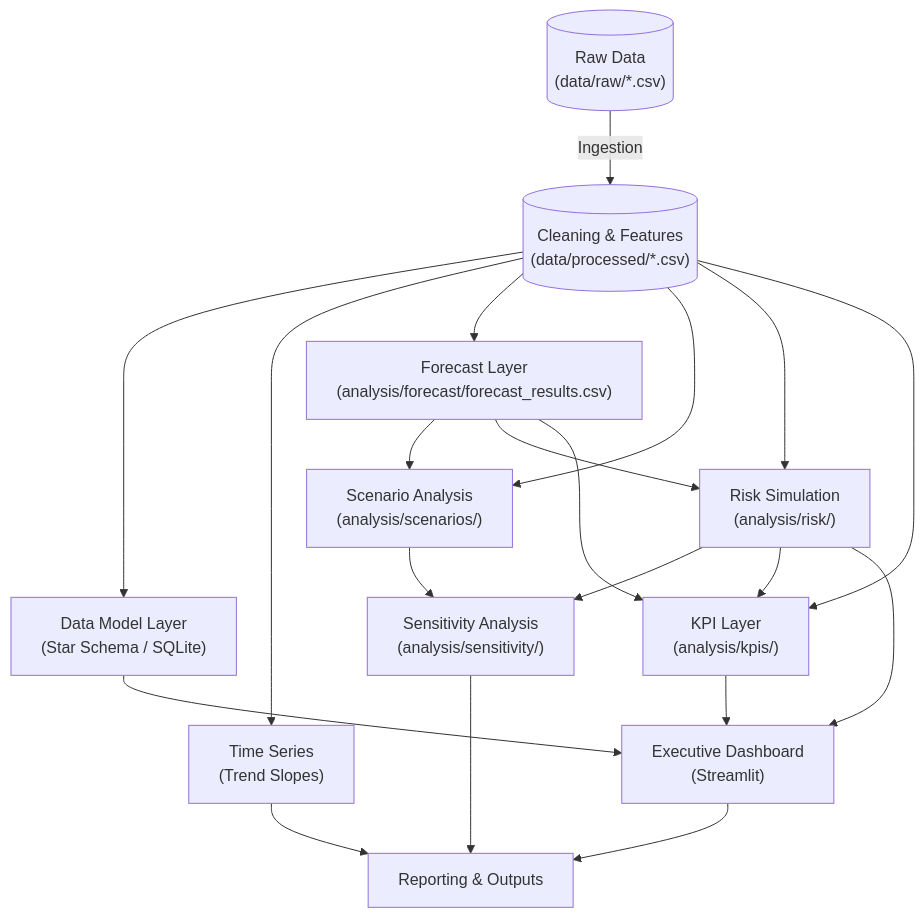
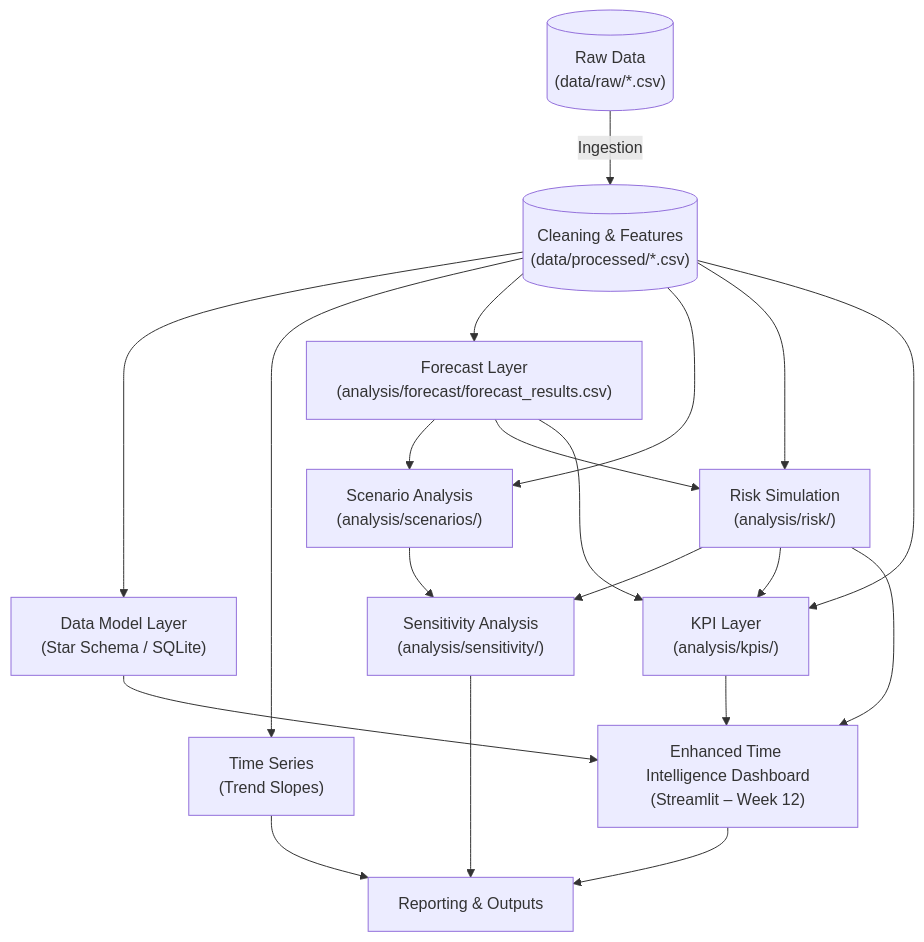
Before and after one commit to MarwanSaad20/DATA_ANALYSIS: the diagram in dss_sales_inventory/README.md, drawn with Mermaid. The commit also changed other lines of this file and 1 other file, not shown here.

Commit message:
Week 12 تحديث الداشبورد

````diff
--- a/dss_sales_inventory/README.md
+++ b/dss_sales_inventory/README.md
@@ -139,52 +141,52 @@
 ```mermaid
 graph TD
     %% Nodes
     RAW[("Raw Data<br/>(data/raw/*.csv)")]
     CLEAN[("Cleaning & Features<br/>(data/processed/*.csv)")]
     
     MODEL["Data Model Layer<br/>(Star Schema / SQLite)"]
     
     TS["Time Series<br/>(Trend Slopes)"]
     FC["Forecast Layer<br/>(analysis/forecast/forecast_results.csv)"]
     
     SCEN["Scenario Analysis<br/>(analysis/scenarios/)"]
     RISK["Risk Simulation<br/>(analysis/risk/)"]
     SENS["Sensitivity Analysis<br/>(analysis/sensitivity/)"]
     KPI["KPI Layer<br/>(analysis/kpis/)"]
     
-    DASH["Executive Dashboard<br/>(Streamlit)"]
+    DASH["Enhanced Time Intelligence Dashboard<br/>(Streamlit – Week 12)"]
 
     REPORT["Reporting & Outputs"]
 
     %% Flow
     RAW --> |Ingestion| CLEAN
     CLEAN --> MODEL
     CLEAN --> TS
     CLEAN --> FC
     
     %% Dependencies
     FC --> SCEN
     CLEAN --> SCEN
     
     FC --> RISK
     CLEAN --> RISK
     
     %% Advanced Analysis
     RISK --> SENS
     SCEN --> SENS
     
     %% KPI Integration
     CLEAN --> KPI
     FC --> KPI
     RISK --> KPI
     
     %% Dashboard Consumption
     MODEL --> DASH
     KPI --> DASH
     RISK --> DASH
 
     %% Reporting
     TS --> REPORT
     SENS --> REPORT
     DASH --> REPORT
 ```
````
